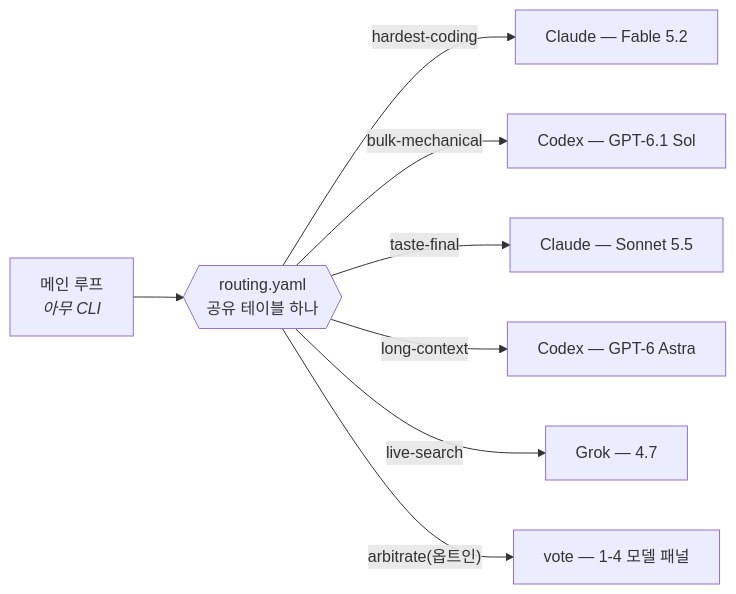
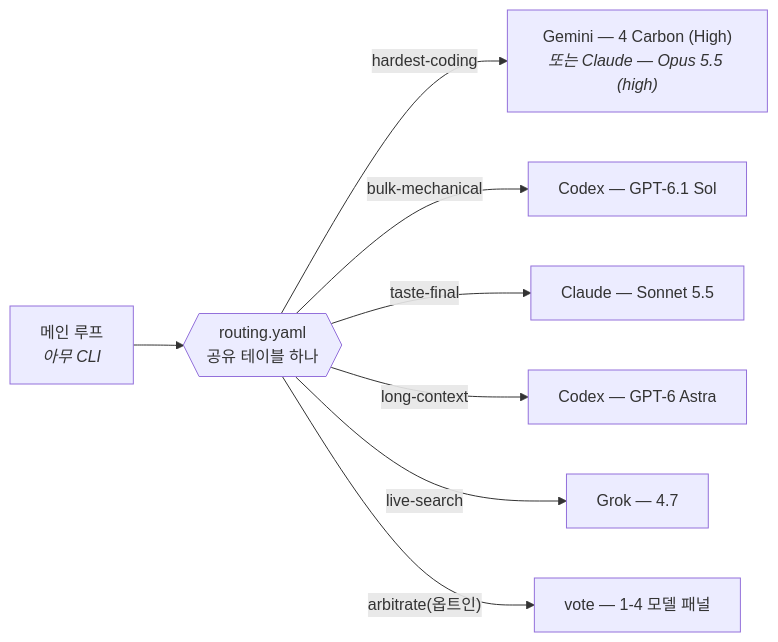
One commit to Seraphim0916/omnilane changed the diagram in README.ko.md. Above: the diagram before and after it, drawn with Mermaid. The commit also changed other lines of this file and 41 other files, not shown here.

````diff
--- a/README.ko.md
+++ b/README.ko.md
@@ -809,10 +811,10 @@
 ```mermaid
 flowchart LR
     M["메인 루프<br/><i>아무 CLI</i>"] --> T{{"routing.yaml<br/>공유 테이블 하나"}}
-    T -->|hardest-coding| C1["Claude — Fable 5.2"]
+    T -->|hardest-coding| C1["Gemini — 4 Carbon (High)<br/><i>또는 Claude — Opus 5.5 (high)</i>"]
     T -->|bulk-mechanical| C2["Codex — GPT-6.1 Sol"]
     T -->|taste-final| C3["Claude — Sonnet 5.5"]
     T -->|long-context| C4["Codex — GPT-6 Astra"]
     T -->|live-search| C5["Grok — 4.7"]
     T -->|"arbitrate(옵트인)"| C6["vote — 1-4 모델 패널"]
 ```
````
